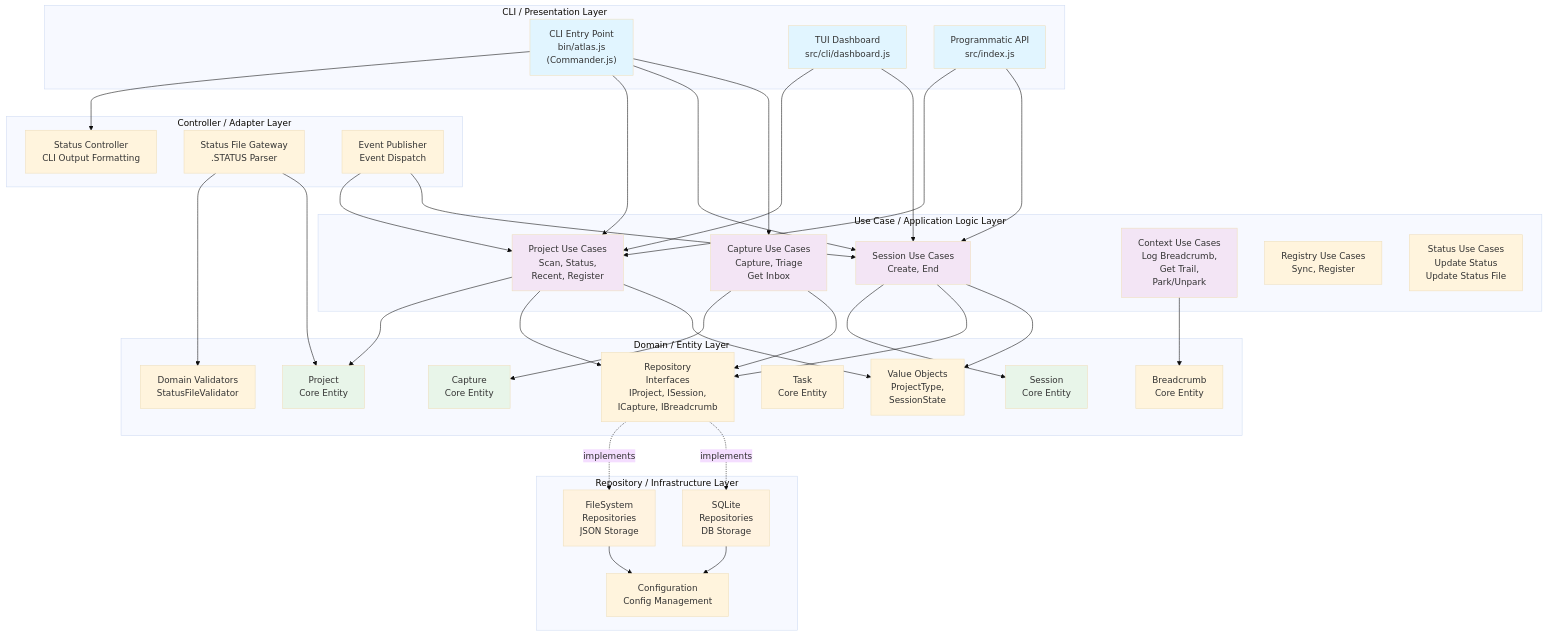
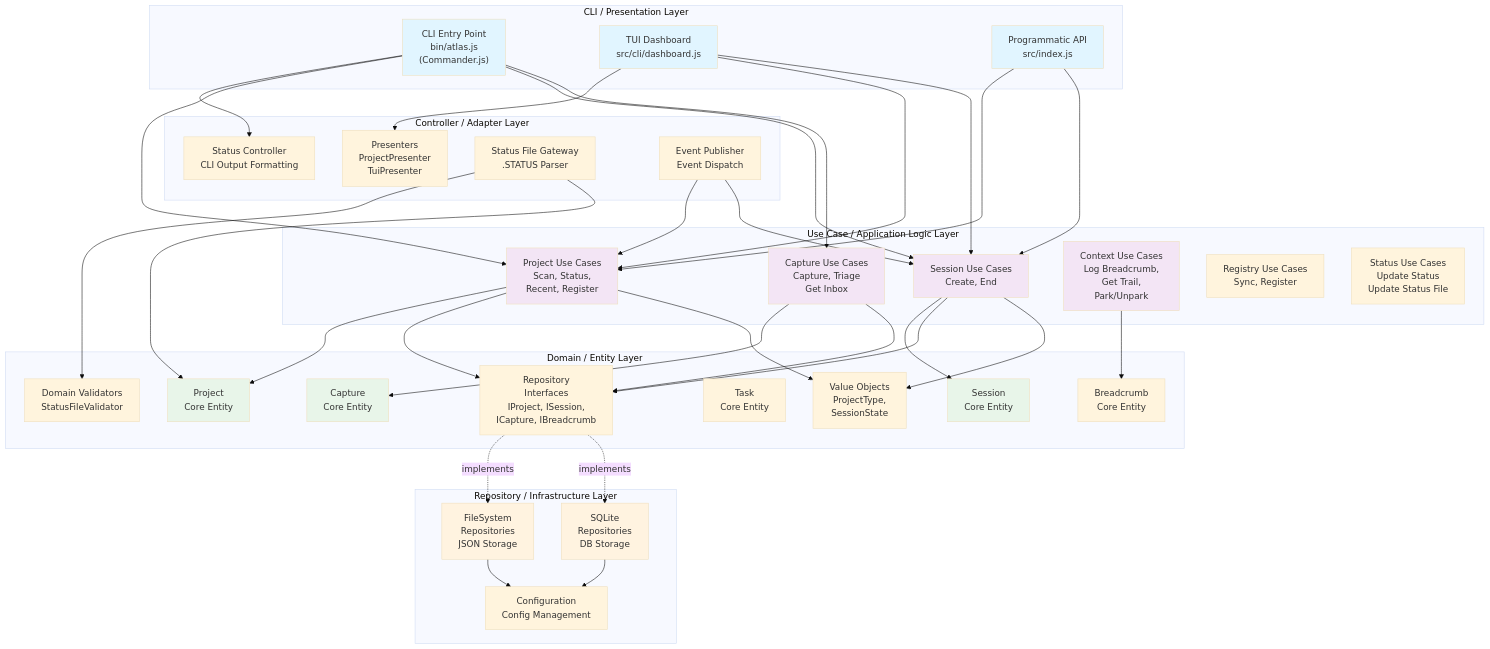
One commit to Data-Wise/atlas changed the first of 11 diagrams in docs/DIAGRAMS.md. Above: the diagram before and after it, drawn with Mermaid (base theme). The commit also changed other lines of this file and 2 other files, not shown here.

First line of the commit message:
docs: update documentation for v0.5.6 architecture

```diff
--- a/docs/DIAGRAMS.md
+++ b/docs/DIAGRAMS.md
@@ -16,6 +16,7 @@
 
     subgraph "Controller / Adapter Layer"
         StatusCtl["Status Controller<br/>CLI Output Formatting"]
+        Presenters["Presenters<br/>ProjectPresenter<br/>TuiPresenter"]
         FSGateway["Status File Gateway<br/>.STATUS Parser"]
         EventPub["Event Publisher<br/>Event Dispatch"]
     end
@@ -50,6 +51,7 @@
     CLI --> ProjectUC
     CLI --> SessionUC
     CLI --> CaptureUC
+    Dashboard --> Presenters
     Dashboard --> ProjectUC
     Dashboard --> SessionUC
     API --> ProjectUC
```
